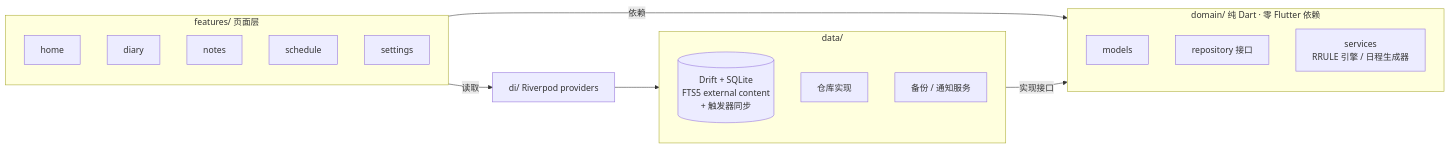
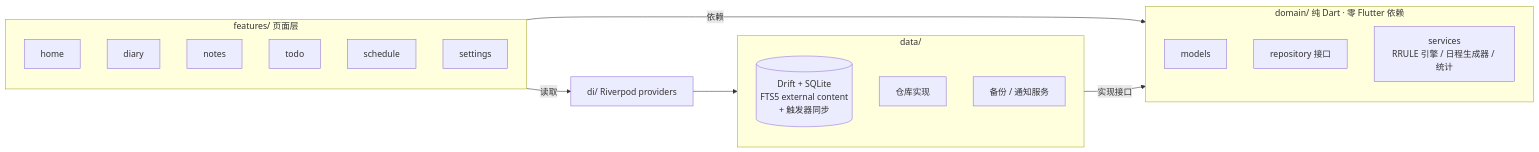
Before and after one commit to 3fa2/xiaoman-app: the diagram in README.md, drawn with Mermaid. The commit also changed other lines of this file, not shown here.

Commit message:
README 重写至 v5.8.3 现状：功能总览补全待办/小组件/完整备份/统计/分享卡片/Material You/回收站；修正测试数（79）、下载直链（v5.8.3.apk 76.6MB）、签名句排版；架构铁律更新为现行三条（移除已废除的行数契约）；schema 迭代计数与项目结构树同步

````diff
--- a/README.md
+++ b/README.md
@@ -70,26 +89,27 @@
 ```mermaid
 flowchart LR
     subgraph features["features/ 页面层"]
         HOME[home]
         DIARY[diary]
         NOTES[notes]
+        TODO[todo]
         SCHED[schedule]
         SET[settings]
     end
     subgraph domain["domain/ 纯 Dart · 零 Flutter 依赖"]
         MODELS[models]
         IFACE[repository 接口]
-        SVC[services<br/>RRULE 引擎 / 日程生成器]
+        SVC[services<br/>RRULE 引擎 / 日程生成器 / 统计]
     end
     subgraph data["data/"]
         DB[("Drift + SQLite<br/>FTS5 external content<br/>+ 触发器同步")]
         IMPL[仓库实现]
         BSVC[备份 / 通知服务]
     end
     PROV[di/ Riverpod providers]
 
     features -- 依赖 --> domain
     data -- 实现接口 --> domain
     features -- 读取 --> PROV
     PROV --> data
 ```
````
